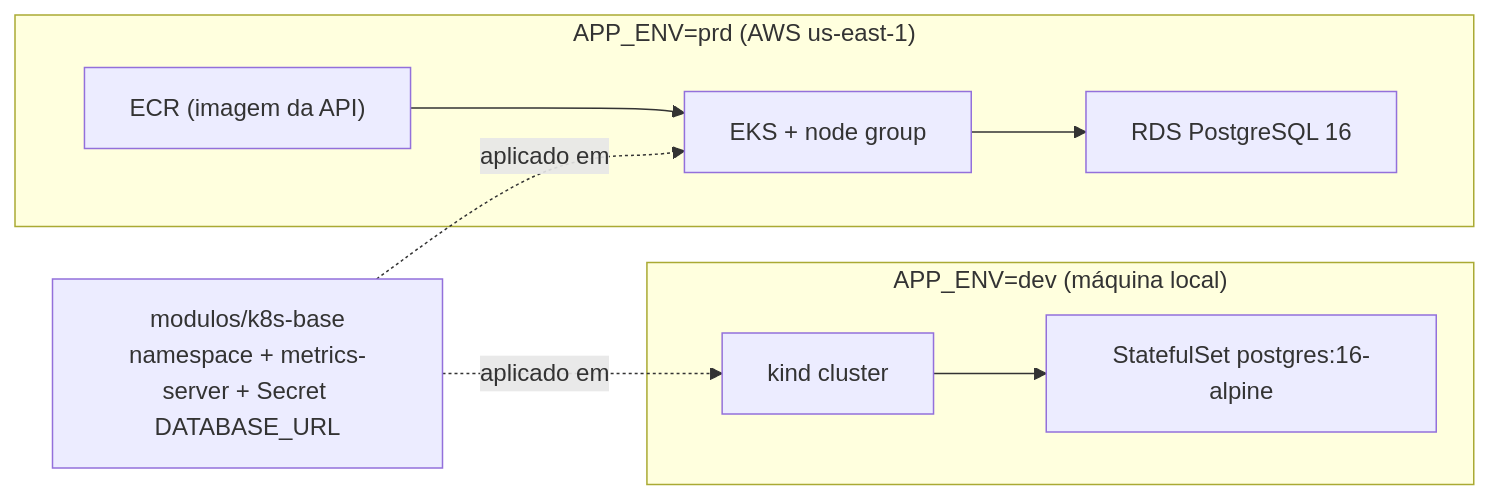
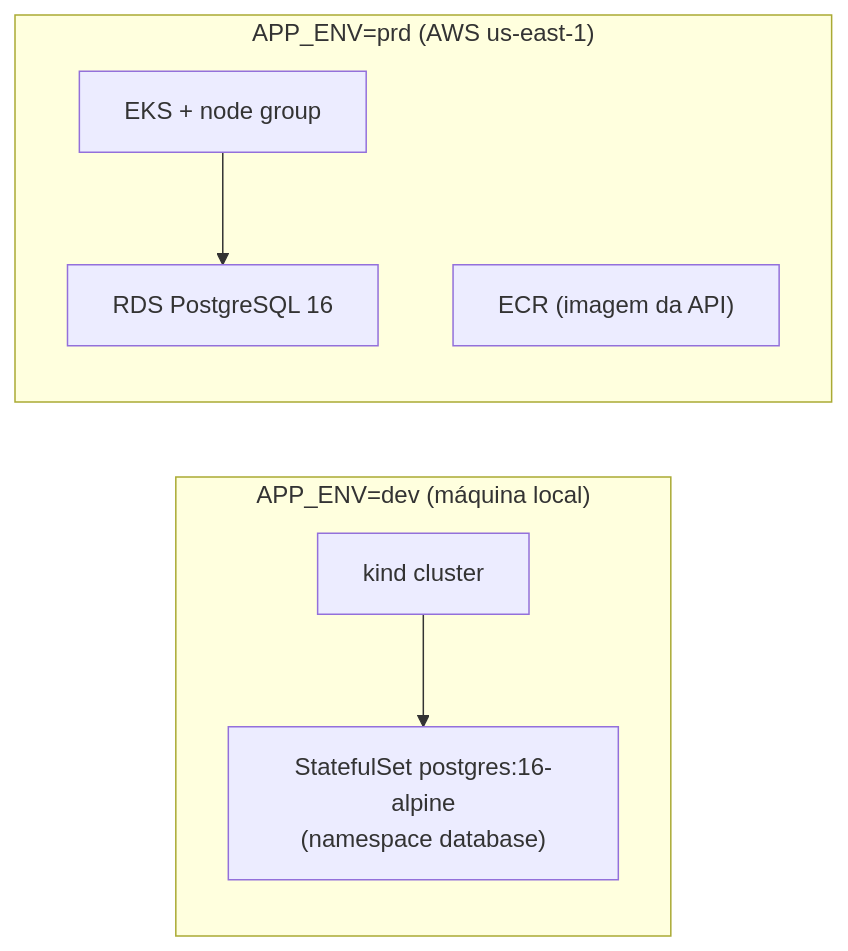
Before and after one commit to Arquitetura-Software-FIAP-17SOAT/api-oficina-mecanica: the diagram in infra/README.md, drawn with Mermaid. The commit also changed other lines of this file and 17 other files, not shown here.

````diff
--- a/infra/README.md
+++ b/infra/README.md
@@ -17,13 +18,10 @@
 ```mermaid
 flowchart LR
     subgraph dev["APP_ENV=dev (máquina local)"]
-        kind["kind cluster"] --> pgk["StatefulSet postgres:16-alpine"]
+        kind["kind cluster"] --> pgk["StatefulSet postgres:16-alpine<br/>(namespace database)"]
     end
     subgraph prd["APP_ENV=prd (AWS us-east-1)"]
         eks["EKS + node group"] --> rds["RDS PostgreSQL 16"]
-        ecr["ECR (imagem da API)"] --> eks
+        ecr["ECR (imagem da API)"]
     end
-    base["modulos/k8s-base<br/>namespace + metrics-server + Secret DATABASE_URL"]
-    base -.aplicado em.-> kind
-    base -.aplicado em.-> eks
 ```
````
